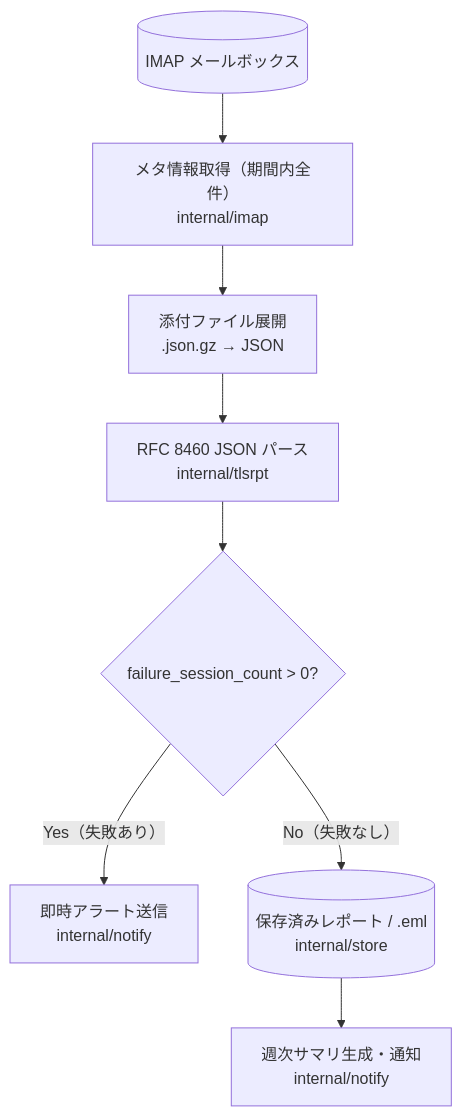
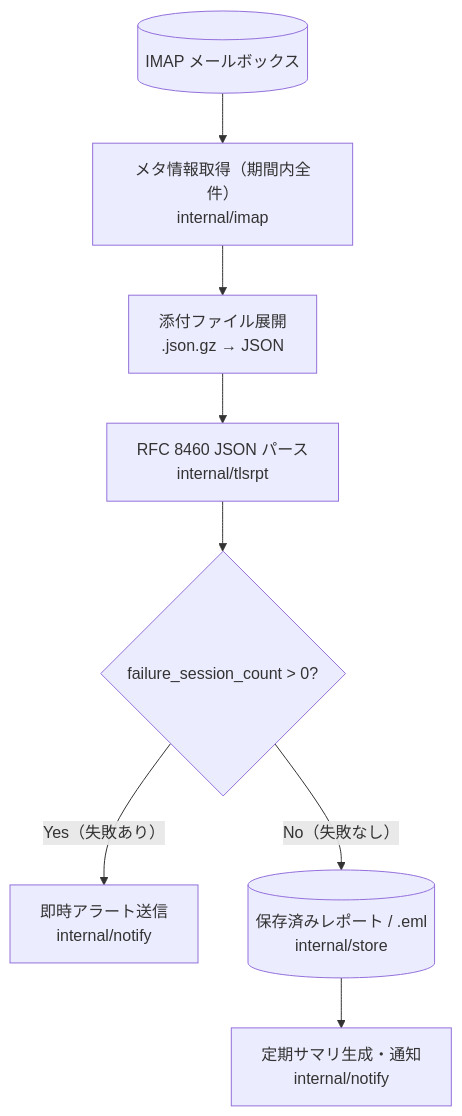
One commit to isseis/tlsrpt-digest changed the first of 2 diagrams in docs/overview.ja.md. Above: the diagram before and after it, drawn with Mermaid. The commit also changed other lines of this file and 2 other files, not shown here.

````diff
--- a/docs/overview.ja.md
+++ b/docs/overview.ja.md
@@ -26,19 +26,19 @@
 ```mermaid
 flowchart TD
     A[("IMAP メールボックス")]
     B["メタ情報取得（期間内全件）<br>internal/imap"]
     C["添付ファイル展開<br>.json.gz → JSON"]
     D["RFC 8460 JSON パース<br>internal/tlsrpt"]
     E{"failure_session_count > 0?"}
     F["即時アラート送信<br>internal/notify"]
     G[("保存済みレポート / .eml<br>internal/store")]
-    H["週次サマリ生成・通知<br>internal/notify"]
+    H["定期サマリ生成・通知<br>internal/notify"]
 
     A --> B
     B --> C
     C --> D
     D --> E
     E -- "Yes（失敗あり）" --> F
     E -- "No（失敗なし）" --> G
     G --> H
 ```
````
